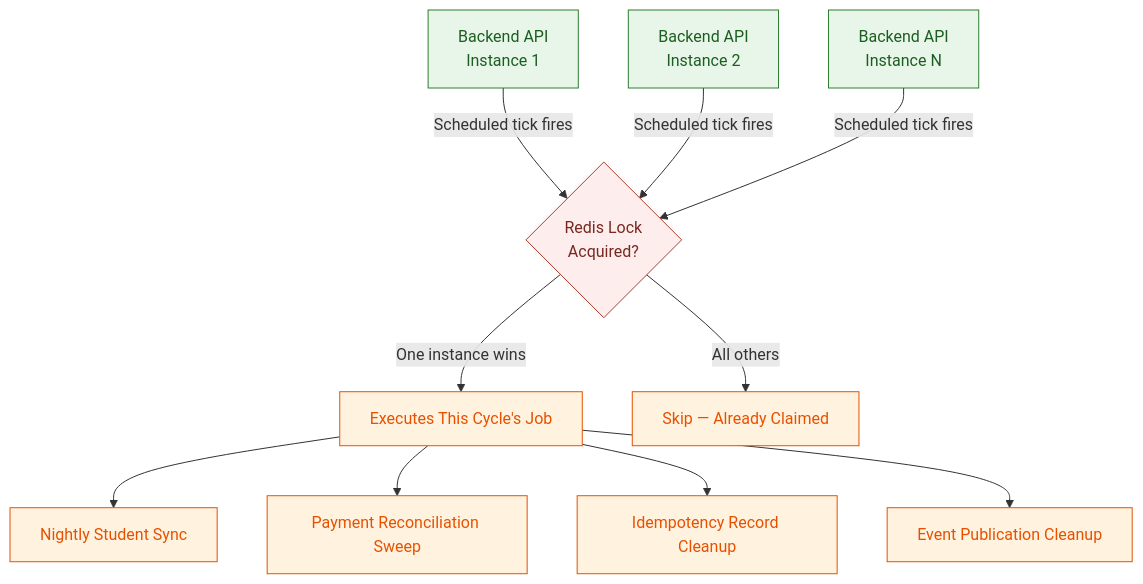
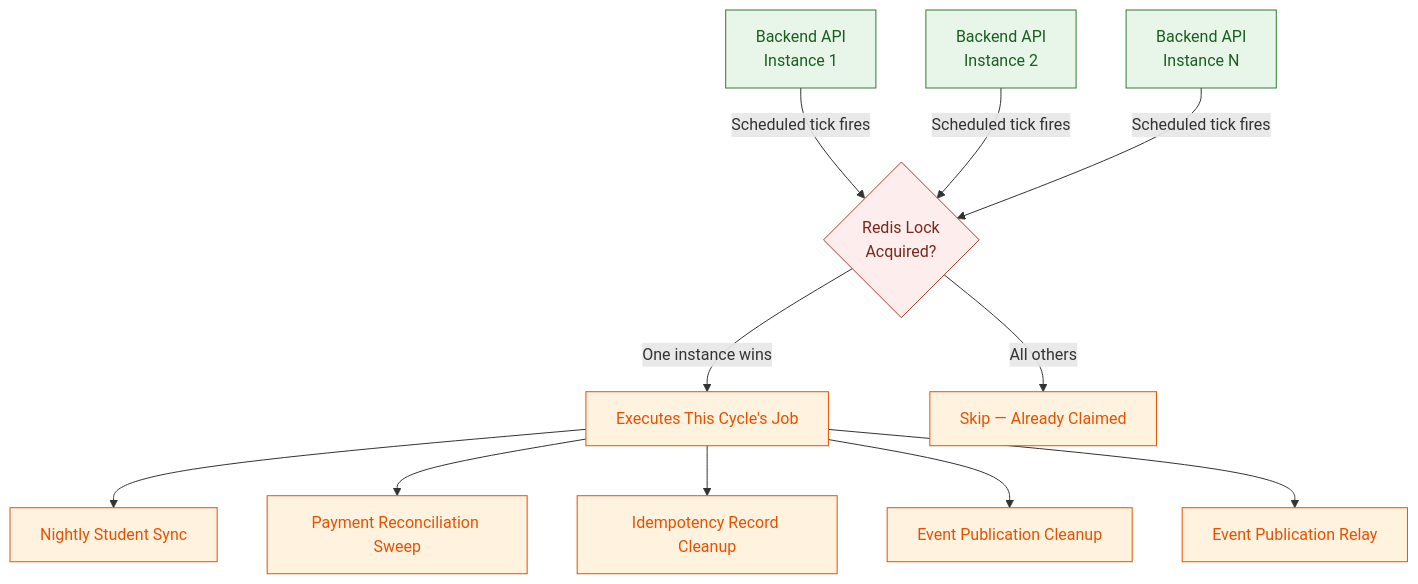
The sixth of 13 diagrams in docs/architecture.md (tiennt220805/UniHub), drawn with Mermaid before and after one commit. The commit also changed other lines of this file and 13 other files, not shown here.

````diff
--- a/docs/architecture.md
+++ b/docs/architecture.md
@@ -439,28 +439,29 @@
 ```mermaid
 flowchart TB
     API1["Backend API<br/>Instance 1"]
     API2["Backend API<br/>Instance 2"]
     API3["Backend API<br/>Instance N"]
 
     Lock{"Redis Lock<br/>Acquired?"}
 
     API1 -->|Scheduled tick fires| Lock
     API2 -->|Scheduled tick fires| Lock
     API3 -->|Scheduled tick fires| Lock
 
     Lock -->|One instance wins| Job["Executes This Cycle's Job"]
     Lock -->|All others| Skip["Skip — Already Claimed"]
 
     Job --> Legacy["Nightly Student Sync"]
     Job --> Recon["Payment Reconciliation Sweep"]
     Job --> Cleanup["Idempotency Record Cleanup"]
     Job --> EventPubCleanup["Event Publication Cleanup"]
+    Job --> EventPubRelay["Event Publication Relay"]
 
     classDef apiStyle fill:#E8F5E9,stroke:#2E7D32,color:#1B5E20
     classDef lockStyle fill:#FDEDEC,stroke:#B03A2E,color:#78281F
     classDef jobStyle fill:#FFF3E0,stroke:#E65100,color:#E65100
 
     class API1,API2,API3 apiStyle
     class Lock lockStyle
-    class Job,Skip,Legacy,Recon,Cleanup,EventPubCleanup jobStyle
+    class Job,Skip,Legacy,Recon,Cleanup,EventPubCleanup,EventPubRelay jobStyle
 ```
````
